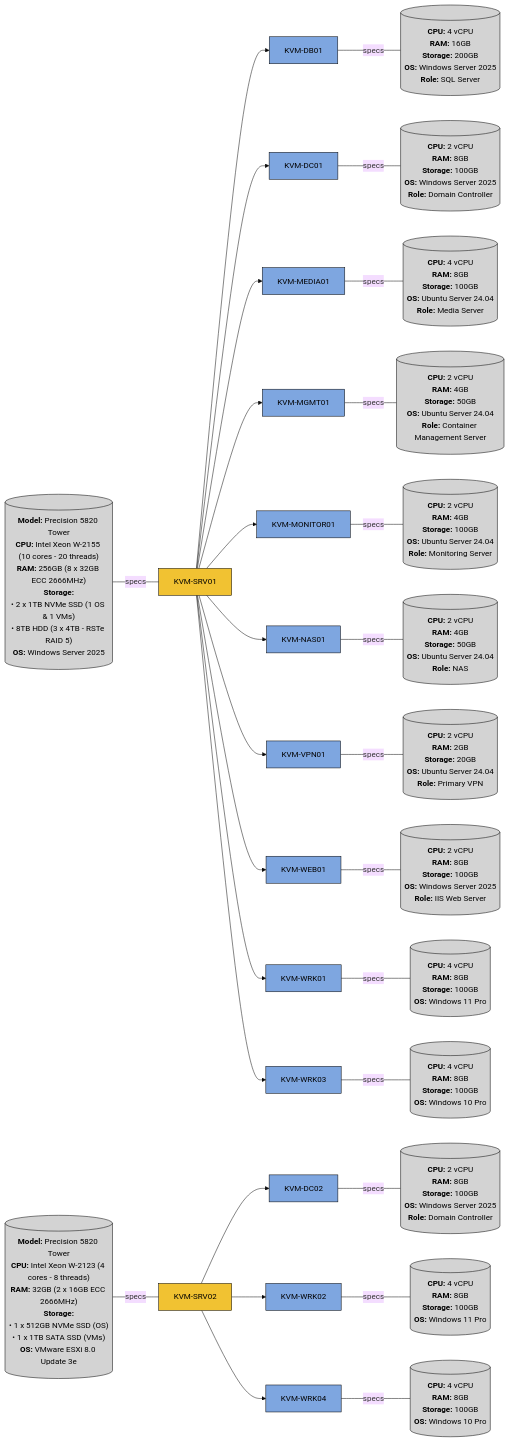
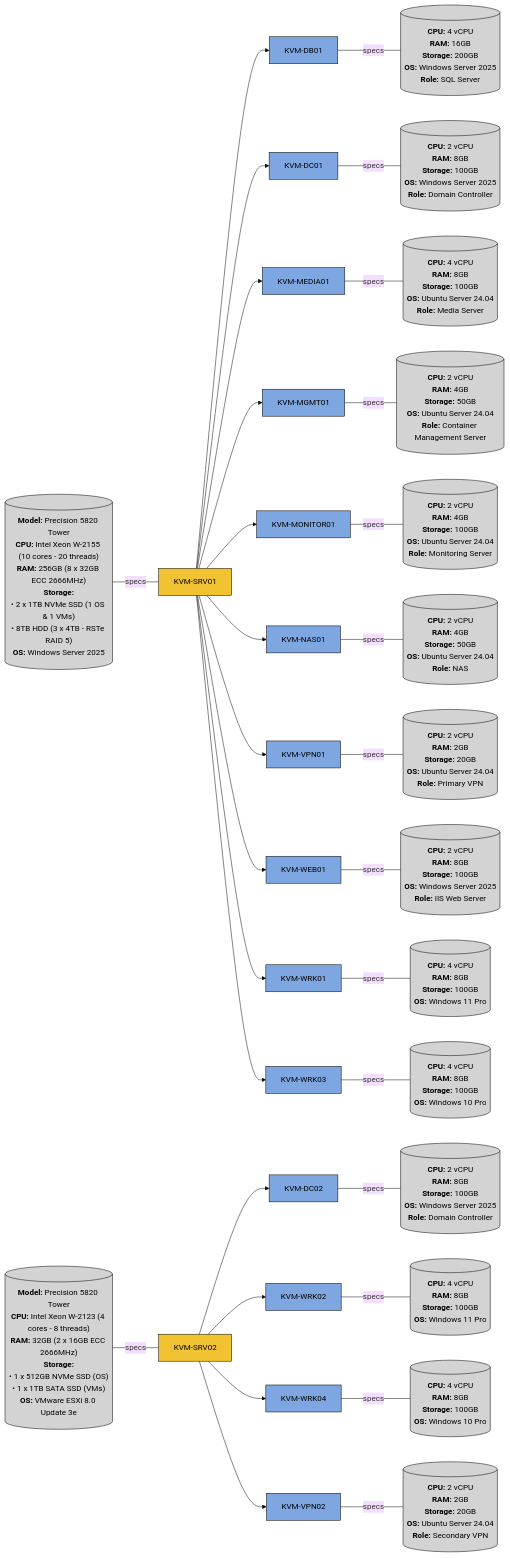
Before and after one commit to khangvum/homelab-ansible-config: the diagram in README.md, drawn with Mermaid (base theme).

Commit message:
chore: added KVM-VPN02 to Infrastructure Overview section

```diff
--- a/README.md
+++ b/README.md
@@ -99,6 +99,11 @@
                                                             **RAM:** 8GB
                                                             **Storage:** 100GB
                                                             **OS:** Windows 10 Pro`")]
+    SRV02 --> VPN02[KVM-VPN02] -- specs --- VPN02_SPECS[("`**CPU:** 2 vCPU
+                                                        **RAM:** 2GB
+                                                        **Storage:** 20GB
+                                                        **OS:** Ubuntu Server 24.04
+                                                        **Role:** Secondary VPN`")]
 
     %% Styling
     class SRV01,SRV02 hosts
```
